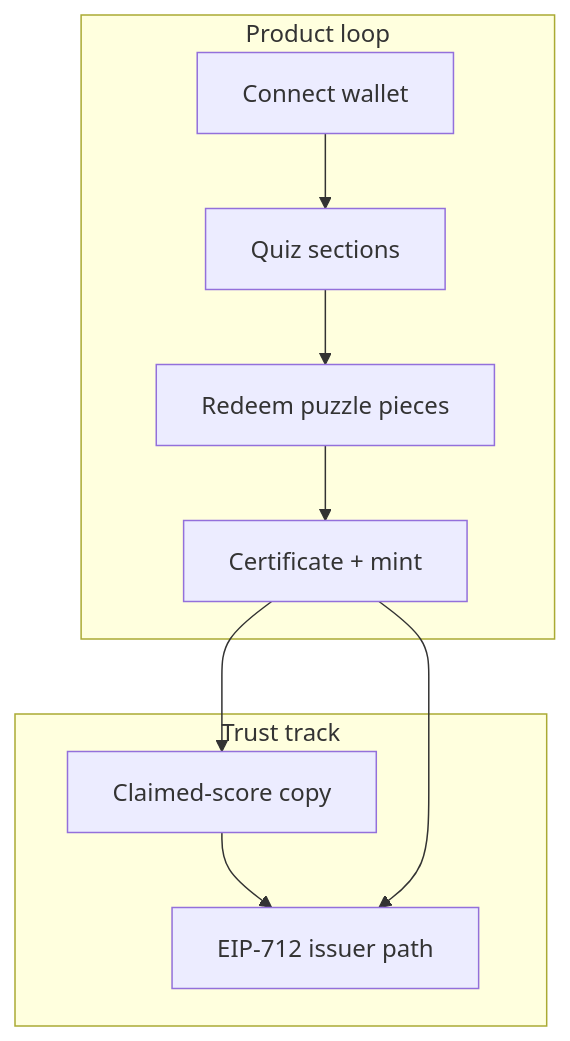
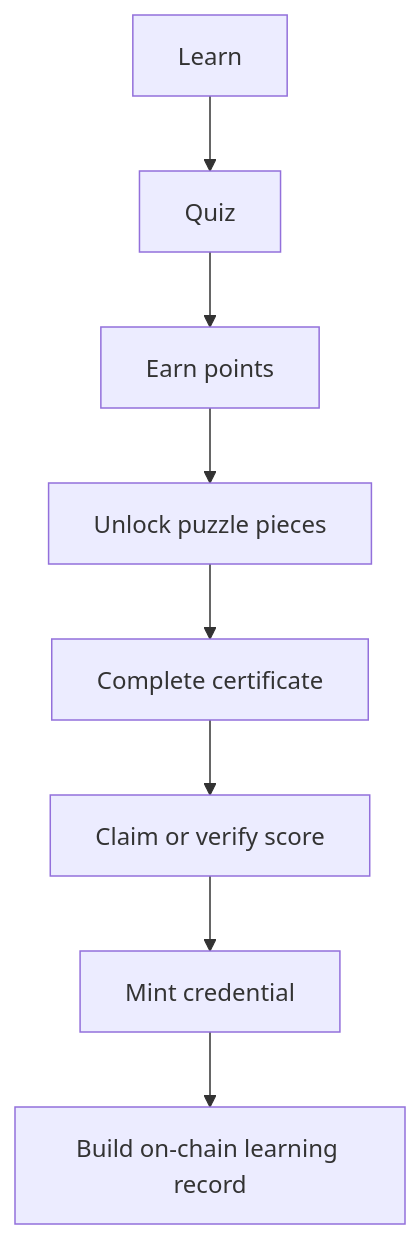
One commit to Talent-Index/forj changed the second of 4 diagrams in docs/ROADMAP.md. Above: the diagram before and after it, drawn with Mermaid. The commit also changed other lines of this file and 1 other file, not shown here.

````diff
--- a/docs/ROADMAP.md
+++ b/docs/ROADMAP.md
@@ -111,19 +191,10 @@
 ```mermaid
-flowchart TB
-  subgraph product [Product loop]
-    Connect[Connect wallet]
-    Quiz[Quiz sections]
-    Puzzle[Redeem puzzle pieces]
-    Cert[Certificate + mint]
-    Connect --> Quiz --> Puzzle --> Cert
-  end
-
-  subgraph trust [Trust track]
-    Honest[Claimed-score copy]
-    Attest[EIP-712 issuer path]
-    Honest --> Attest
-  end
-
-  Cert --> Honest
-  Cert --> Attest
+flowchart TD
+  Learn[Learn] --> Quiz[Quiz]
+  Quiz --> Points[Earn points]
+  Points --> Puzzle[Unlock puzzle pieces]
+  Puzzle --> Cert[Complete certificate]
+  Cert --> Score[Claim or verify score]
+  Score --> Mint[Mint credential]
+  Mint --> Record[Build on-chain learning record]
 ```
````
